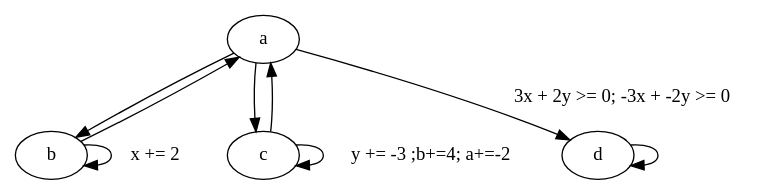
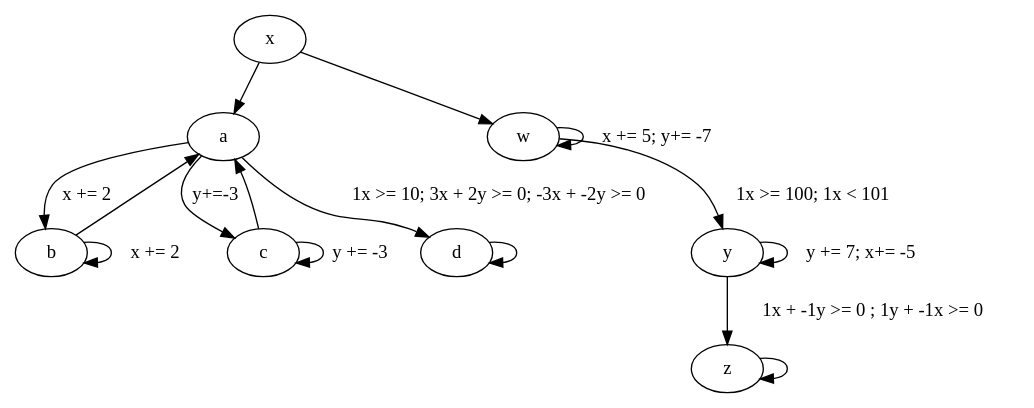
One commit to apirogov/flat-checker changed the diagram in examples/test4.dot. Above: the diagram before and after it, drawn with Graphviz. The commit also changed 9 other files, not shown here.

Commit message:
input graph now can have linear guards and constant updates for counters

```diff
--- a/examples/test4.dot
+++ b/examples/test4.dot
@@ -1,17 +1,27 @@
 /* e.g. try this formulae:
- ( ((aU[997/1000]c)&(bU[3/1000]c)) & F(c&FGe) ) with n=20
- ( ((aU[1/101]c)&(bU[100/101]c)) & F((a&Xb)&X((bU[1/101]d)&(cU[100/101]d))) ) with n=28
  */
 digraph G {
-  0 [label="a"];
-  1 [label="b"];
-  2 [label="c"];
-  3 [label="d"];
-  0 -> 1, 2;
-  1 -> 1 [label="  x += 2  "];
-  1 -> 0;
-  2 -> 2 [label="y += -3 ;b+=4; a+=-2"];
-  2 -> 0;
-  0 -> 3 [label="3x + 2y >= 0; -3x + -2y >= 0"];
-  3 -> 3;
+  0 [label="x"];
+  1 [label="a"];
+  2 [label="b"];
+  3 [label="c"];
+  4 [label="d"];
+  5 [label="w"];
+  6 [label="y"];
+  7 [label="z"];
+  0 -> 1;
+  1 -> 2 [label="x += 2"];
+  2 -> 2 [label="  x += 2  "];
+  2 -> 1;
+  1 -> 3 [label="y+=-3"];
+  3 -> 3 [label="y += -3"];
+  3 -> 1;
+  1 -> 4 [label="1x >= 10; 3x + 2y >= 0; -3x + -2y >= 0"];
+  4 -> 4;
+  0 -> 5;
+  5 -> 5 [label="x += 5; y+= -7"];
+  5 -> 6 [label="1x >= 100; 1x < 101"];
+  6 -> 6 [label="y += 7; x+= -5"];
+  6 -> 7 [label="1x + -1y >= 0 ; 1y + -1x >= 0"];
+  7 -> 7;
 }
```
